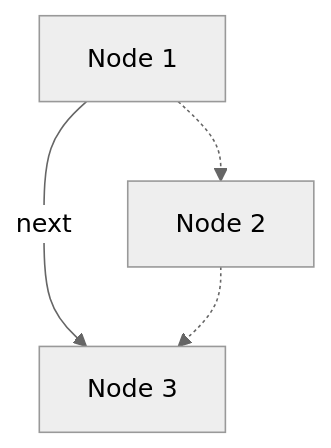
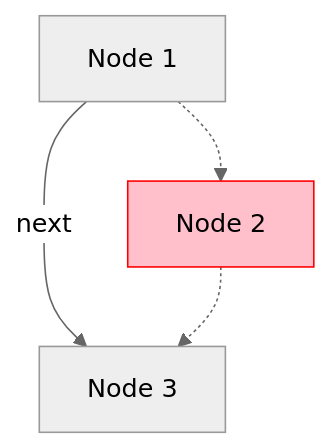
Before and after one commit to ghackenberg/course-python-programming: the diagram in Sessions/Session_08/Diagrams/Mermaid/delete_node.mmd, drawn with Mermaid (neutral theme). The commit also changed 41 other files, not shown here.

Commit message:
style(session-08): update diagrams and images for session 08

```diff
--- a/Sessions/Session_08/Diagrams/Mermaid/delete_node.mmd
+++ b/Sessions/Session_08/Diagrams/Mermaid/delete_node.mmd
@@ -1,4 +1,6 @@
 graph TB
     N1[Node 1] -- next --> N3[Node 3]
     N1 -.-> N2[Node 2]
     N2 -.-> N3
+
+    style N2 fill:pink,stroke:red
```
